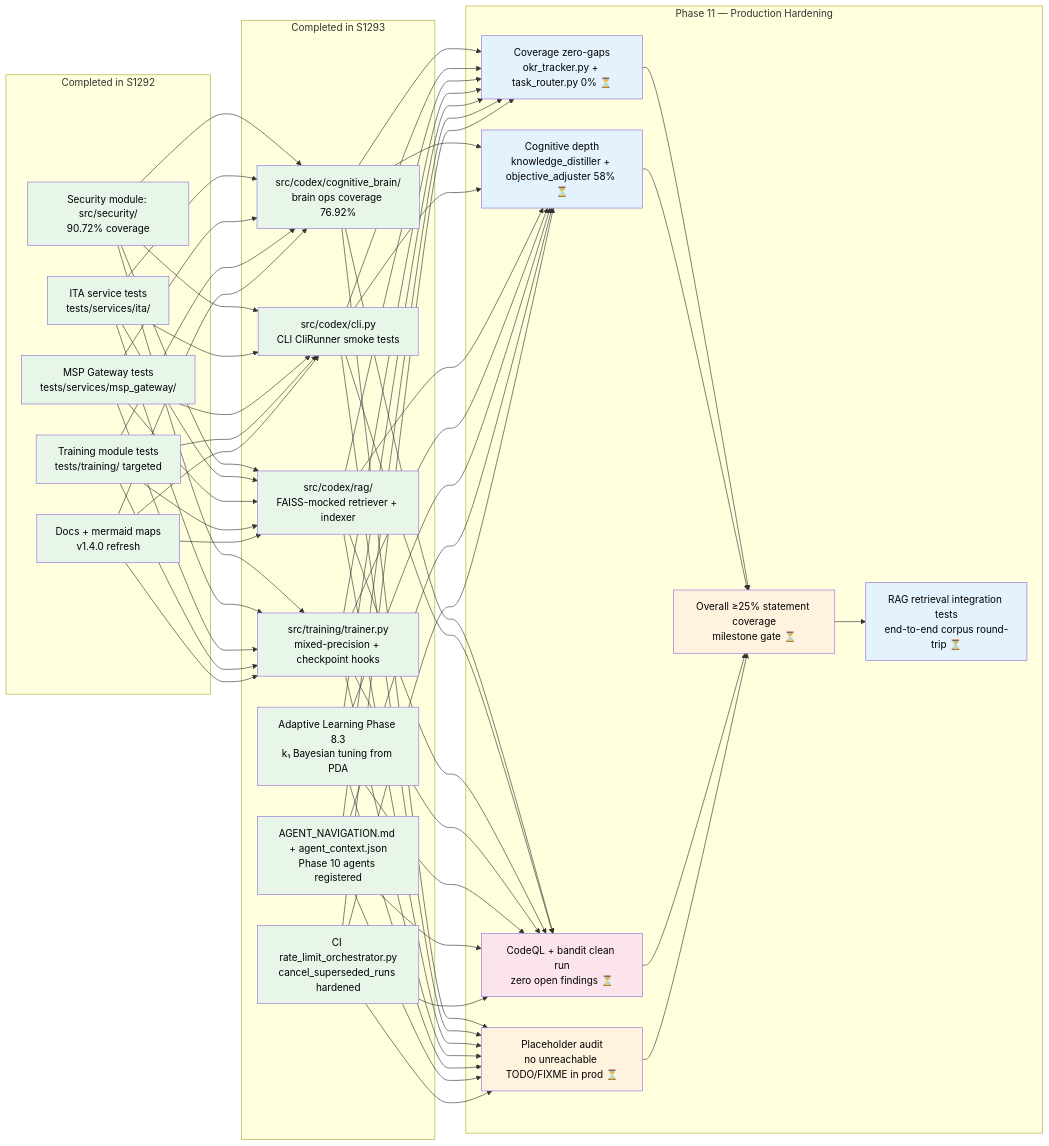
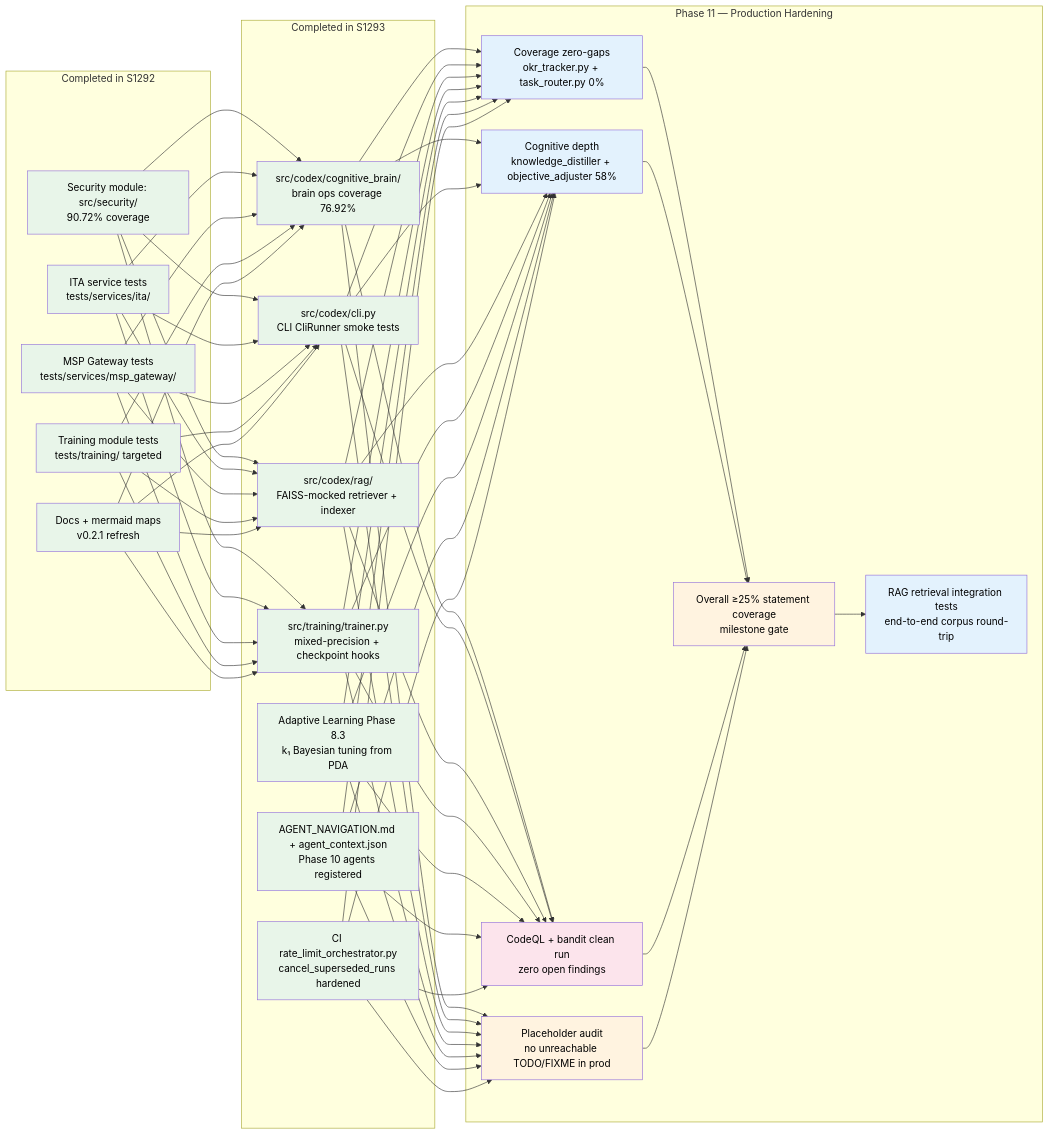
One commit to Aries-Serpent/_codex_ changed diagram 18 of 18 in docs/CODEBASE_MERMAID_MAPS.md. Above: the diagram before and after it, drawn with Mermaid. The commit also changed other lines of this file and 1989 other files, not shown here.

````diff
--- a/docs/CODEBASE_MERMAID_MAPS.md
+++ b/docs/CODEBASE_MERMAID_MAPS.md
@@ -806,53 +806,53 @@
 ```mermaid
 %%{init: {'accessibility': {'title': 'Flowchart showing Security module: src/security/\n90.72% coverage , ITA service tests\ntests/services/ita/ '}}%%
 graph LR
     subgraph "Completed in S1292"
         S1A[Security module: src/security/\n90.72% coverage ]
         S1B[ITA service tests\ntests/services/ita/ ]
         S1C[MSP Gateway tests\ntests/services/msp_gateway/ ]
         S1D[Training module tests\ntests/training/ targeted ]
-        S1E[Docs + mermaid maps\nv1.4.0 refresh ]
+        S1E[Docs + mermaid maps\nv0.2.1 refresh ]
     end
 
     subgraph "Completed in S1293"
         P1[src/codex/cognitive_brain/\nbrain ops coverage 76.92% ]
         P2[src/codex/cli.py\nCLI CliRunner smoke tests ]
         P3[src/codex/rag/\nFAISS-mocked retriever + indexer ]
         P4[src/training/trainer.py\nmixed-precision + checkpoint hooks ]
         P5[Adaptive Learning Phase 8.3\nk₁ Bayesian tuning from PDA ]
         P6[AGENT_NAVIGATION.md + agent_context.json\nPhase 10 agents registered ]
         P7[CI rate_limit_orchestrator.py\ncancel_superseded_runs hardened ]
     end
 
     subgraph "Phase 11 — Production Hardening"
-        N1[Coverage zero-gaps\nokr_tracker.py + task_router.py 0% ⏳]
-        N2[Cognitive depth\nknowledge_distiller + objective_adjuster 58% ⏳]
-        N3[CodeQL + bandit clean run\nzero open findings ⏳]
-        N4[Placeholder audit\nno unreachable TODO/FIXME in prod ⏳]
-        N5[Overall ≥25% statement coverage\nmilestone gate ⏳]
-        N6[RAG retrieval integration tests\nend-to-end corpus round-trip ⏳]
+        N1[Coverage zero-gaps\nokr_tracker.py + task_router.py 0% ]
+        N2[Cognitive depth\nknowledge_distiller + objective_adjuster 58% ]
+        N3[CodeQL + bandit clean run\nzero open findings ]
+        N4[Placeholder audit\nno unreachable TODO/FIXME in prod ]
+        N5[Overall ≥25% statement coverage\nmilestone gate ]
+        N6[RAG retrieval integration tests\nend-to-end corpus round-trip ]
     end
 
     S1A & S1B & S1C & S1D & S1E --> P1 & P2 & P3 & P4
     P1 & P2 & P3 & P4 & P5 & P6 & P7 --> N1 & N2 & N3 & N4
     N1 & N2 & N3 & N4 --> N5 --> N6
 
     style S1A fill:#e8f5e9,color:#000
     style S1B fill:#e8f5e9,color:#000
     style S1C fill:#e8f5e9,color:#000
     style S1D fill:#e8f5e9,color:#000
     style S1E fill:#e8f5e9,color:#000
     style P1 fill:#e8f5e9,color:#000
     style P2 fill:#e8f5e9,color:#000
     style P3 fill:#e8f5e9,color:#000
     style P4 fill:#e8f5e9,color:#000
     style P5 fill:#e8f5e9,color:#000
     style P6 fill:#e8f5e9,color:#000
     style P7 fill:#e8f5e9,color:#000
     style N1 fill:#e3f2fd,color:#000
     style N2 fill:#e3f2fd,color:#000
     style N3 fill:#fce4ec,color:#000
     style N4 fill:#fff3e0,color:#000
     style N5 fill:#fff3e0,color:#000
     style N6 fill:#e3f2fd,color:#000
 ```
````
